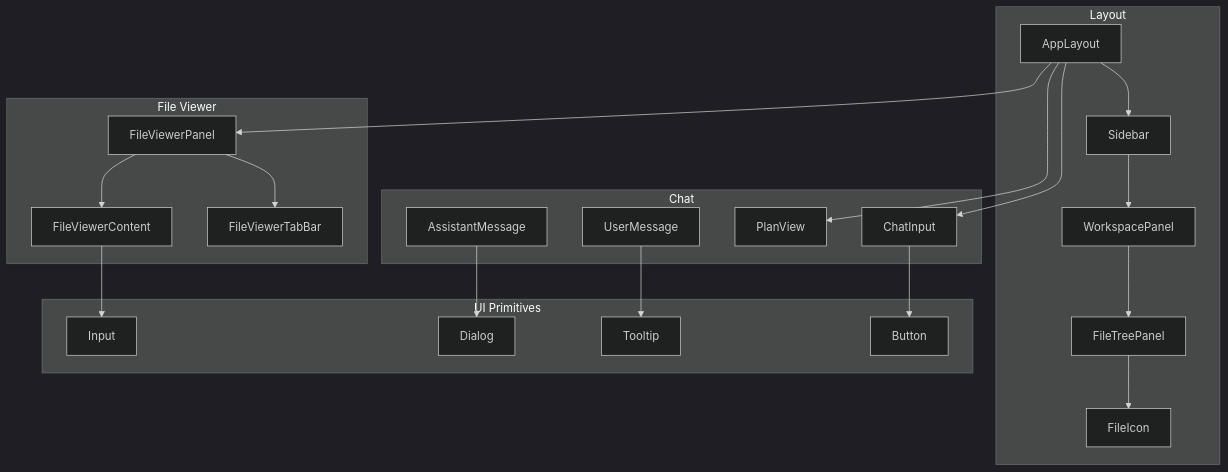
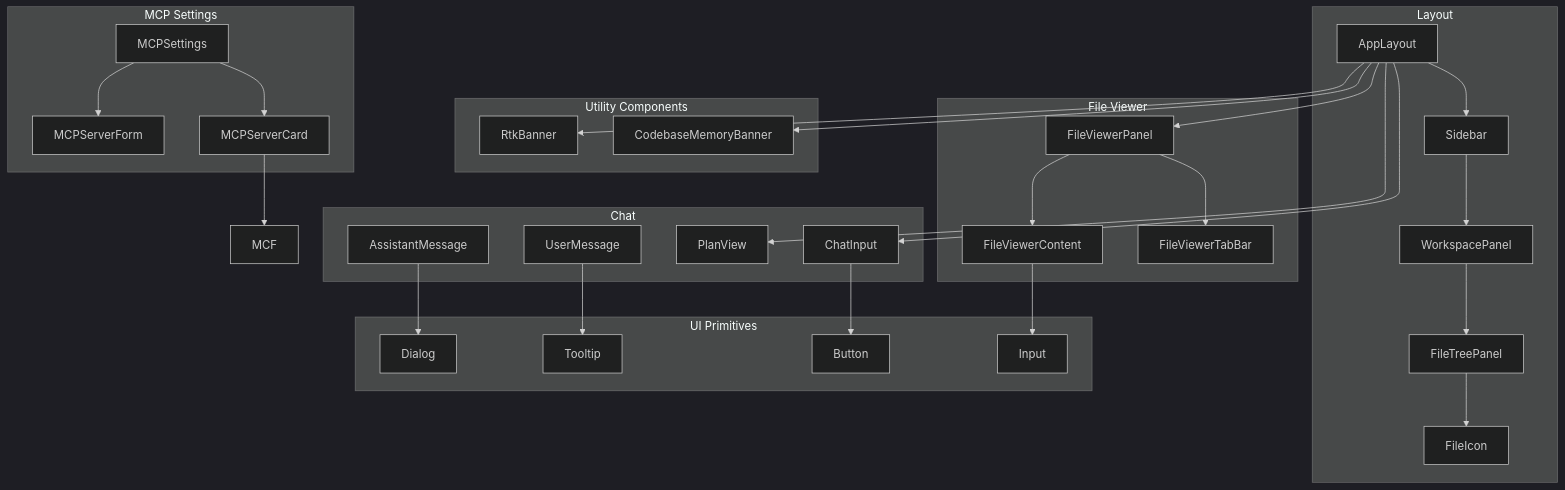
Before and after one commit to v0lka/c0wrk: the first of 6 diagrams in .qoder/repowiki/en/content/Frontend Application/UI Components/UI Components.md, drawn with Mermaid (dark theme). The commit also changed other lines of this file and 13 other files, not shown here.

````diff
--- a/.qoder/repowiki/en/content/Frontend Application/UI Components/UI Components.md
+++ b/.qoder/repowiki/en/content/Frontend Application/UI Components/UI Components.md
@@ -54,40 +71,54 @@
 ```mermaid
 graph TB
 subgraph "Layout"
 AL["AppLayout"]
 SB["Sidebar"]
 WP["WorkspacePanel"]
 FTP["FileTreePanel"]
 FI["FileIcon"]
 end
 subgraph "Chat"
 AM["AssistantMessage"]
 UM["UserMessage"]
 CI["ChatInput"]
 PV["PlanView"]
 end
 subgraph "File Viewer"
 FVP["FileViewerPanel"]
 FVC["FileViewerContent"]
 FVTB["FileViewerTabBar"]
 end
+subgraph "Utility Components"
+CMB["CodebaseMemoryBanner"]
+RTKB["RtkBanner"]
+end
+subgraph "MCP Settings"
+MSC["MCPServerCard"]
+MSF["MCPServerForm"]
+MCP["MCPSettings"]
+end
 subgraph "UI Primitives"
 BTN["Button"]
 DLG["Dialog"]
 TIP["Tooltip"]
 INP["Input"]
 end
 AL --> SB
 AL --> CI
 AL --> PV
 AL --> FVP
+AL --> CMB
+AL --> RTKB
 SB --> WP
 WP --> FTP
 FTP --> FI
 FVP --> FVTB
 FVP --> FVC
+MSC --> MCF
+MCP --> MSC
+MCP --> MSF
 AM --> DLG
 UM --> TIP
 CI --> BTN
 FVC --> INP
 ```
````
